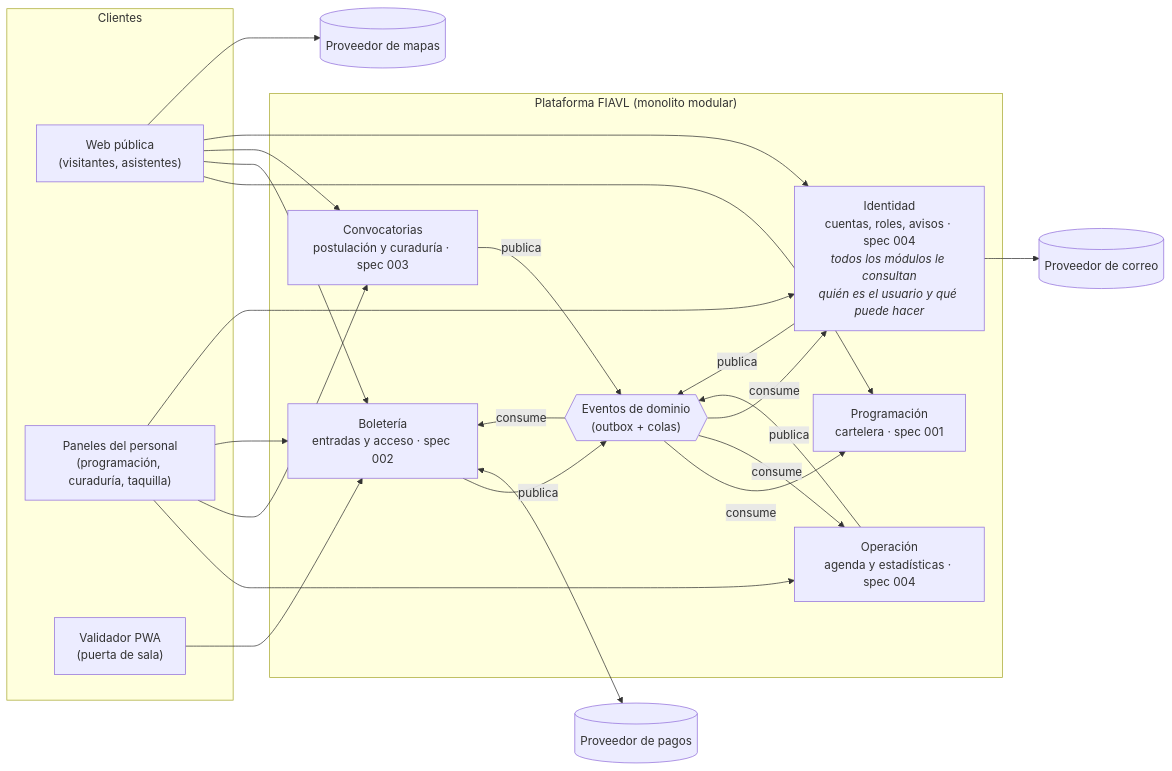
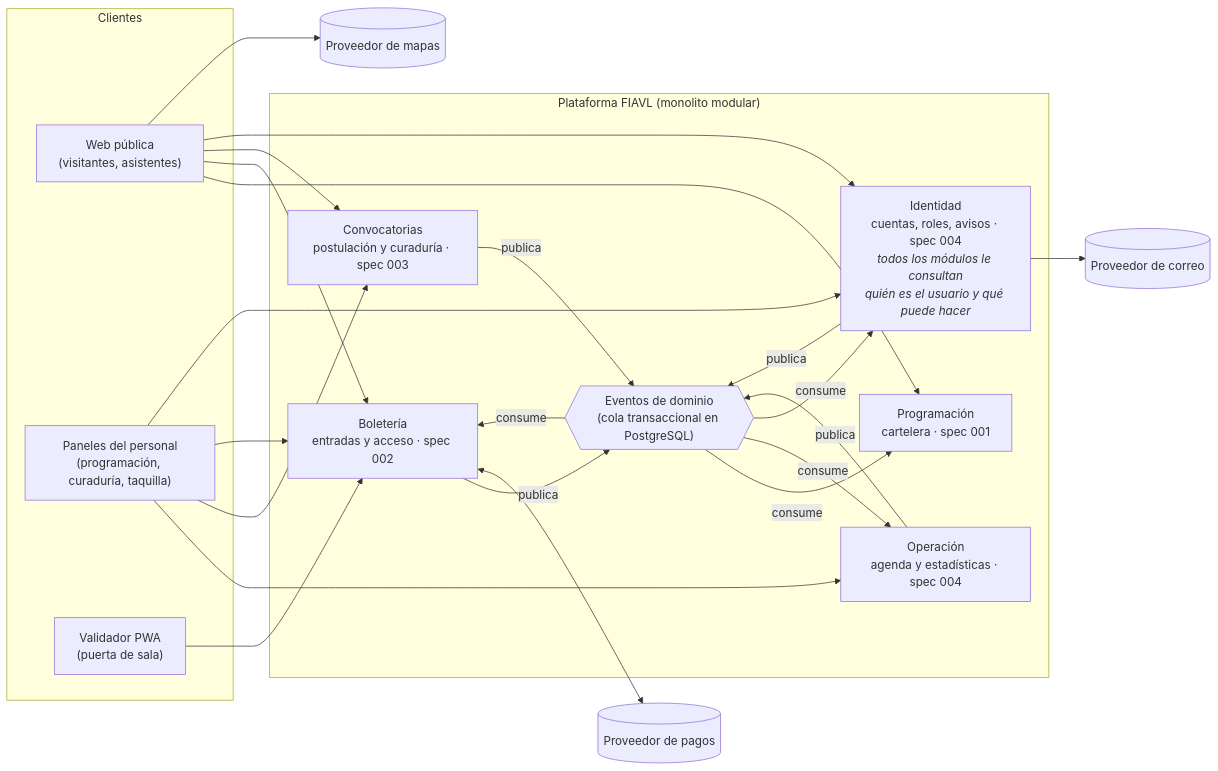
The first of 7 diagrams in docs/arquitectura/01-vista-logica.md (Kevrc/festival-artes-vivas-loja), drawn with Mermaid before and after one commit. The commit also changed other lines of this file and 5 other files, not shown here.

Commit message:
docs(arquitectura): reflejar la cola en PostgreSQL y enlazar drivers en las vistas

````diff
--- a/docs/arquitectura/01-vista-logica.md
+++ b/docs/arquitectura/01-vista-logica.md
@@ -8,35 +8,35 @@
 ```mermaid
 flowchart LR
     subgraph Clientes
         PUB["Web pública<br/>(visitantes, asistentes)"]
         PAN["Paneles del personal<br/>(programación, curaduría, taquilla)"]
         VAL["Validador PWA<br/>(puerta de sala)"]
     end
 
     subgraph Plataforma["Plataforma FIAVL (monolito modular)"]
         PRO["Programación<br/>cartelera · spec 001"]
         BOL["Boletería<br/>entradas y acceso · spec 002"]
         CON["Convocatorias<br/>postulación y curaduría · spec 003"]
         OPE["Operación<br/>agenda y estadísticas · spec 004"]
         IDE["Identidad<br/>cuentas, roles, avisos · spec 004<br/><i>todos los módulos le consultan<br/>quién es el usuario y qué puede hacer</i>"]
-        BUS{{"Eventos de dominio<br/>(outbox + colas)"}}
+        BUS{{"Eventos de dominio<br/>(cola transaccional en PostgreSQL)"}}
     end
 
     PAG[("Proveedor de pagos")]
     COR[("Proveedor de correo")]
     MAP[("Proveedor de mapas")]
 
     PUB --> PRO & BOL & CON & IDE
     PAN --> OPE & CON & BOL & IDE
     VAL --> BOL
 
     CON -- publica --> BUS
     OPE -- publica --> BUS
     BOL -- publica --> BUS
     IDE -- publica --> BUS
     BUS -- consume --> PRO & BOL & OPE & IDE
 
     BOL <--> PAG
     IDE --> COR
     PUB --> MAP
 ```
````
